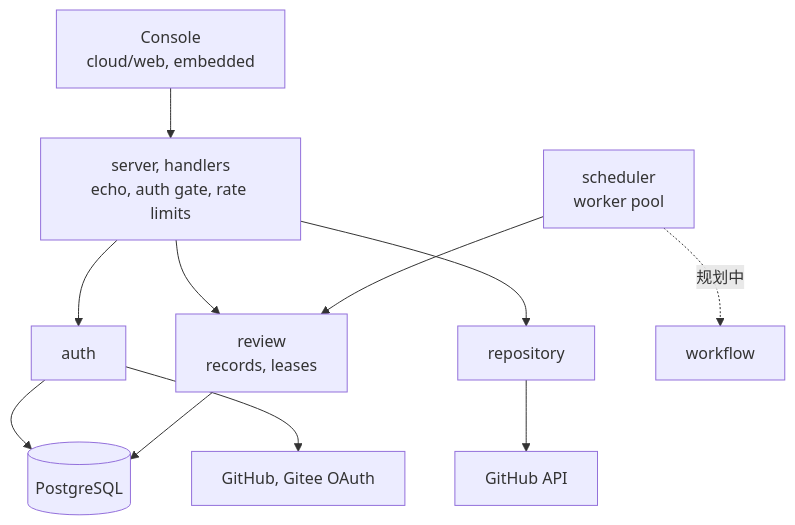
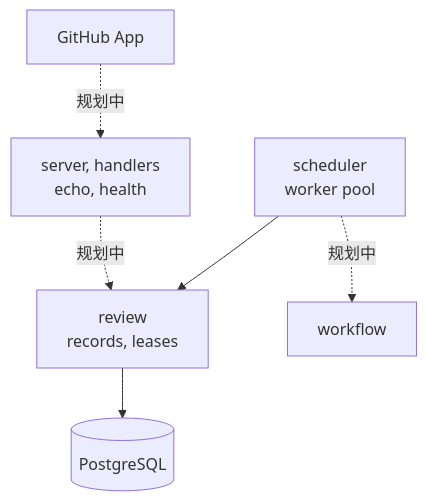
Before and after one commit to Pleasurecruise/eyeful: the first of 3 diagrams in docs/zh/cloud/SERVER.md, drawn with Mermaid. The commit also changed other lines of this file and 190 other files, not shown here.

First line of the commit message:
refactor!: trim the cloud to a webhook-ready server in the root module

````diff
--- a/docs/zh/cloud/SERVER.md
+++ b/docs/zh/cloud/SERVER.md
@@ -7,10 +7,8 @@
 ```mermaid
 flowchart TB
-    console["Console<br/>cloud/web, embedded"] --> server["server, handlers<br/>echo, auth gate, rate limits"]
-    server --> auth["auth"] & review["review<br/>records, leases"] & repository["repository"]
+    github["GitHub App"] -.->|规划中| server["server, handlers<br/>echo, health"]
+    server -.->|规划中| review["review<br/>records, leases"]
     scheduler["scheduler<br/>worker pool"] --> review
-    auth & review --> pg[("PostgreSQL")]
-    repository --> github["GitHub API"]
-    auth --> providers["GitHub, Gitee OAuth"]
+    review --> pg[("PostgreSQL")]
     scheduler -.->|规划中| workflow["workflow"]
 ```
````
